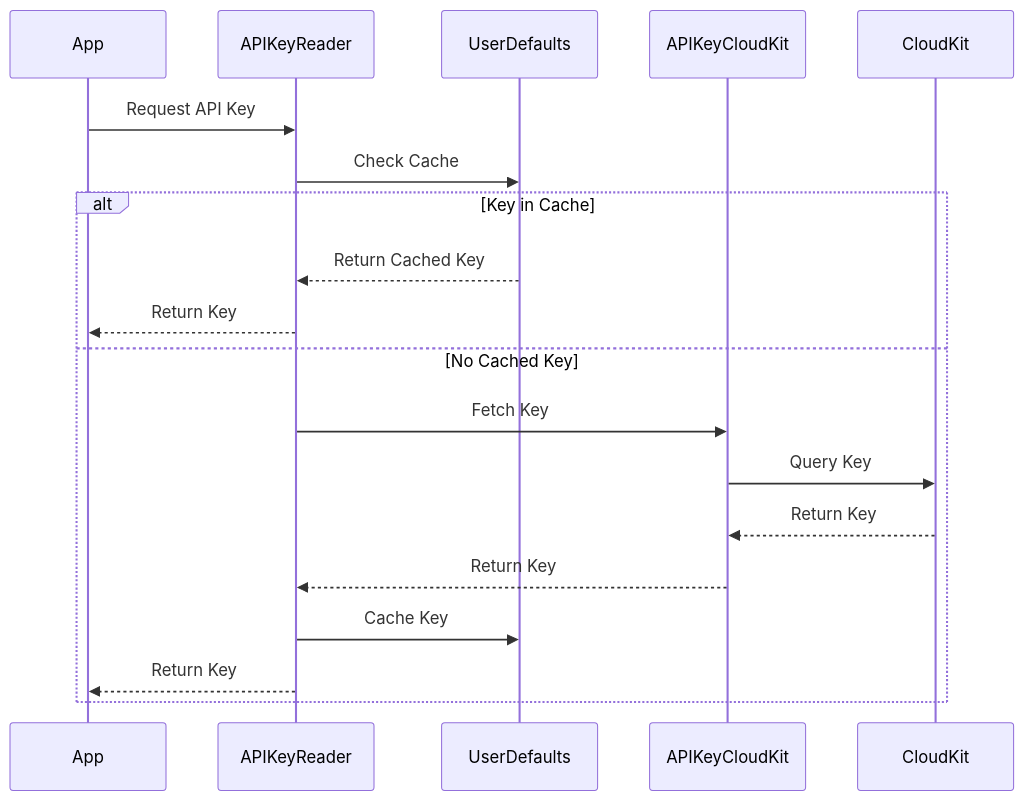
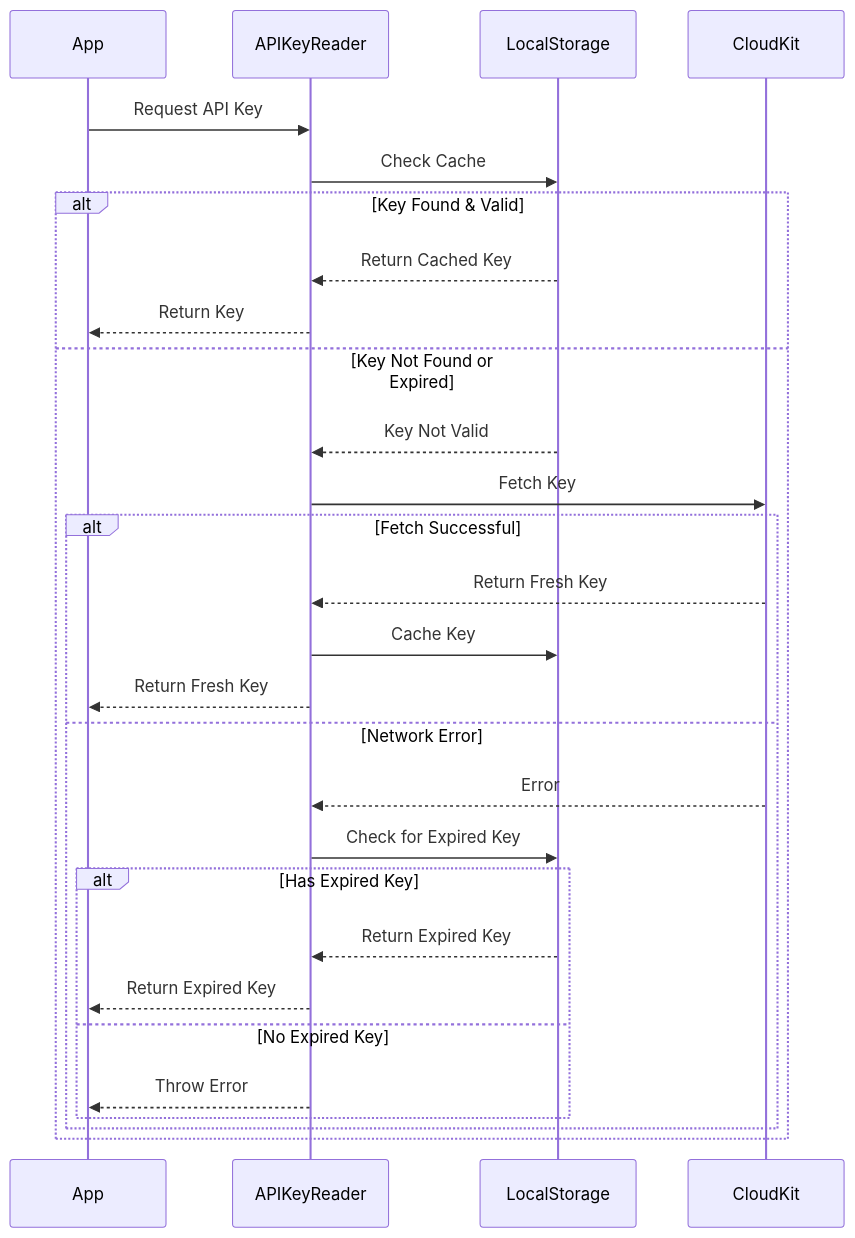
The third of 3 diagrams in Docs/readme.md (kraigspear/APIKeyReader), drawn with Mermaid before and after one commit. The commit also changed other lines of this file and 4 other files, not shown here.

````diff
--- a/Docs/readme.md
+++ b/Docs/readme.md
@@ -77,22 +82,33 @@
 ```mermaid
 sequenceDiagram
     participant App
     participant APIKeyReader
-    participant UserDefaults
-    participant APIKeyCloudKit
+    participant LocalStorage
     participant CloudKit
     
     App->>APIKeyReader: Request API Key
-    APIKeyReader->>UserDefaults: Check Cache
-    alt Key in Cache
-        UserDefaults-->>APIKeyReader: Return Cached Key
+    APIKeyReader->>LocalStorage: Check Cache
+    
+    alt Key Found & Valid
+        LocalStorage-->>APIKeyReader: Return Cached Key
         APIKeyReader-->>App: Return Key
-    else No Cached Key
-        APIKeyReader->>APIKeyCloudKit: Fetch Key
-        APIKeyCloudKit->>CloudKit: Query Key
-        CloudKit-->>APIKeyCloudKit: Return Key
-        APIKeyCloudKit-->>APIKeyReader: Return Key
-        APIKeyReader->>UserDefaults: Cache Key
-        APIKeyReader-->>App: Return Key
+    else Key Not Found or Expired
+        LocalStorage-->>APIKeyReader: Key Not Valid
+        APIKeyReader->>CloudKit: Fetch Key
+        
+        alt Fetch Successful
+            CloudKit-->>APIKeyReader: Return Fresh Key
+            APIKeyReader->>LocalStorage: Cache Key
+            APIKeyReader-->>App: Return Fresh Key
+        else Network Error
+            CloudKit-->>APIKeyReader: Error
+            APIKeyReader->>LocalStorage: Check for Expired Key
+            alt Has Expired Key
+                LocalStorage-->>APIKeyReader: Return Expired Key
+                APIKeyReader-->>App: Return Expired Key
+            else No Expired Key
+                APIKeyReader-->>App: Throw Error
+            end
+        end
     end
 ```
````
